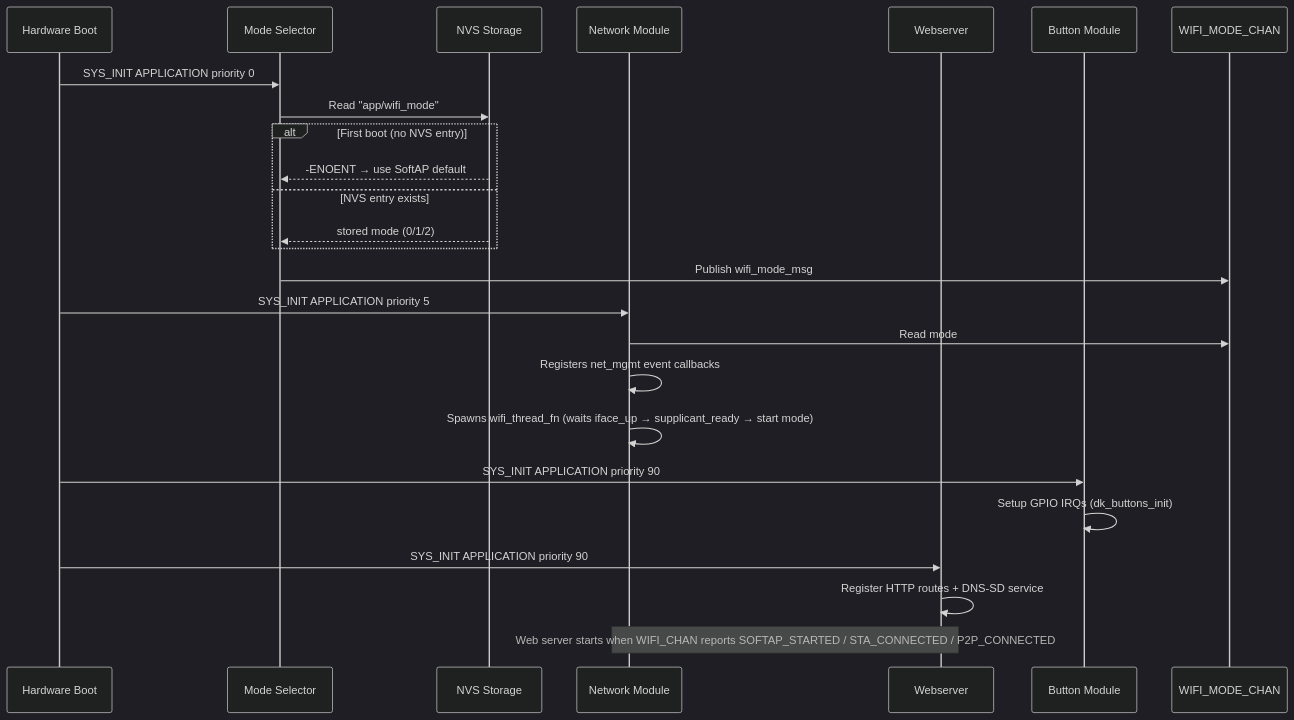
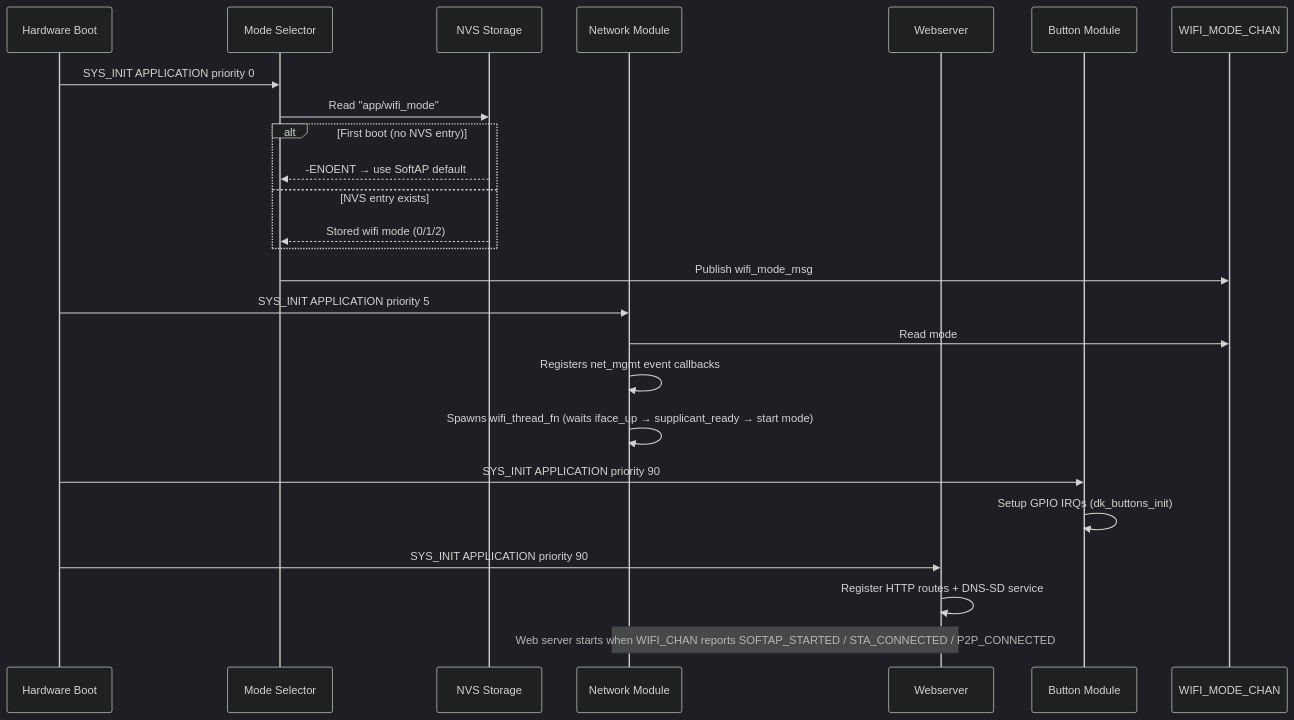
The second of 2 diagrams in docs/specs/architecture.md (chshzh/nordic-wifi-webdash), drawn with Mermaid (dark theme) before and after one commit. The commit also changed 2 other files, not shown here.

Commit message:
docs(specs): update specs to reflect network module refactor

````diff
--- a/docs/specs/architecture.md
+++ b/docs/specs/architecture.md
@@ -189,31 +189,31 @@
 ```mermaid
 sequenceDiagram
     participant HW as Hardware Boot
     participant ModeSel as Mode Selector
     participant NVS as NVS Storage
     participant Net as Network Module
     participant Web as Webserver
     participant Btn as Button Module
 
     HW->>ModeSel: SYS_INIT APPLICATION priority 0
     ModeSel->>NVS: Read "app/wifi_mode"
     alt First boot (no NVS entry)
         NVS-->>ModeSel: -ENOENT → use SoftAP default
     else NVS entry exists
-        NVS-->>ModeSel: stored mode (0/1/2)
+        NVS-->>ModeSel: Stored wifi mode (0/1/2)
     end
 
     ModeSel->>WIFI_MODE_CHAN: Publish wifi_mode_msg
 
     HW->>Net: SYS_INIT APPLICATION priority 5
     Net->>WIFI_MODE_CHAN: Read mode
     Net->>Net: Registers net_mgmt event callbacks
     Net->>Net: Spawns wifi_thread_fn (waits iface_up → supplicant_ready → start mode)
 
     HW->>Btn: SYS_INIT APPLICATION priority 90
     Btn->>Btn: Setup GPIO IRQs (dk_buttons_init)
 
     HW->>Web: SYS_INIT APPLICATION priority 90
     Web->>Web: Register HTTP routes + DNS-SD service
     Note over Net,Web: Web server starts when WIFI_CHAN reports SOFTAP_STARTED / STA_CONNECTED / P2P_CONNECTED
 ```
````
